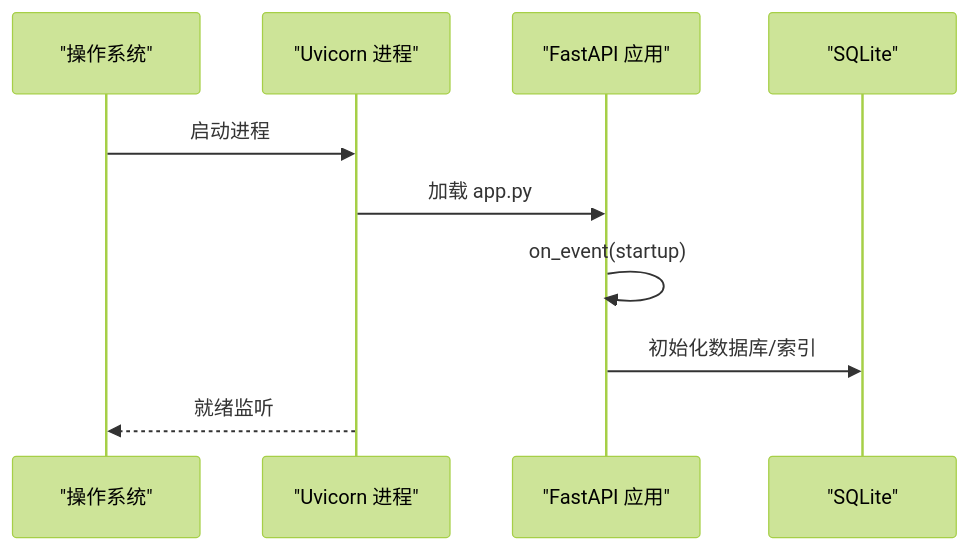
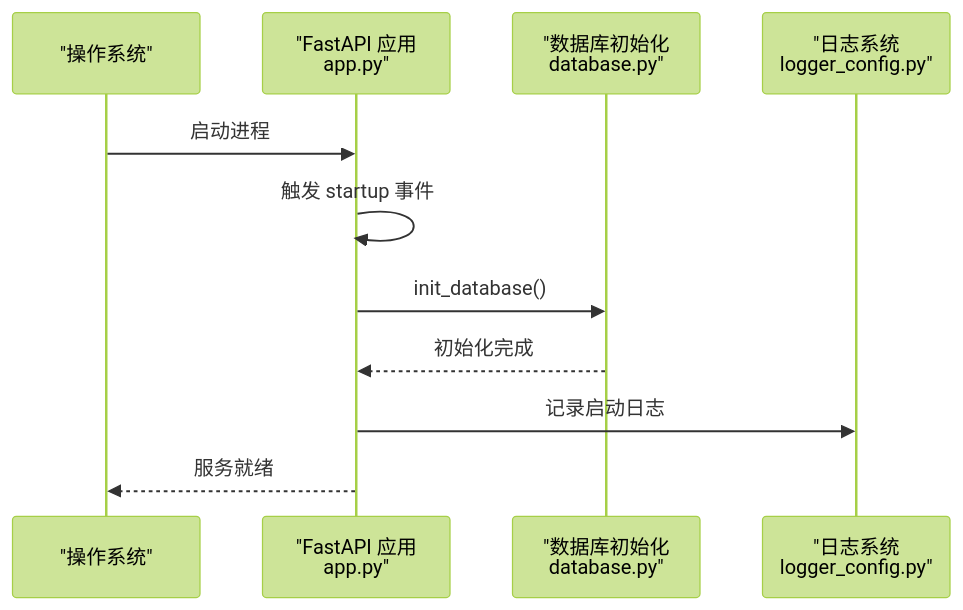
The third of 8 diagrams in .qoder/repowiki/zh/content/部署与运维/部署与运维.md (macrohuang/invest-log), drawn with Mermaid (forest theme) before and after one commit. The commit also changed other lines of this file and 121 other files, not shown here.

````diff
--- a/.qoder/repowiki/zh/content/部署与运维/部署与运维.md
+++ b/.qoder/repowiki/zh/content/部署与运维/部署与运维.md
@@ -112,12 +129,13 @@
 ```mermaid
 sequenceDiagram
 participant OS as "操作系统"
-participant Proc as "Uvicorn 进程"
-participant App as "FastAPI 应用"
-participant DB as "SQLite"
-OS->>Proc : 启动进程
-Proc->>App : 加载 app.py
-App->>App : on_event(startup)
-App->>DB : 初始化数据库/索引
-Proc-->>OS : 就绪监听
+participant App as "FastAPI 应用<br/>app.py"
+participant DB as "数据库初始化<br/>database.py"
+participant Log as "日志系统<br/>logger_config.py"
+OS->>App : 启动进程
+App->>App : 触发 startup 事件
+App->>DB : init_database()
+DB-->>App : 初始化完成
+App->>Log : 记录启动日志
+App-->>OS : 服务就绪
 ```
````
